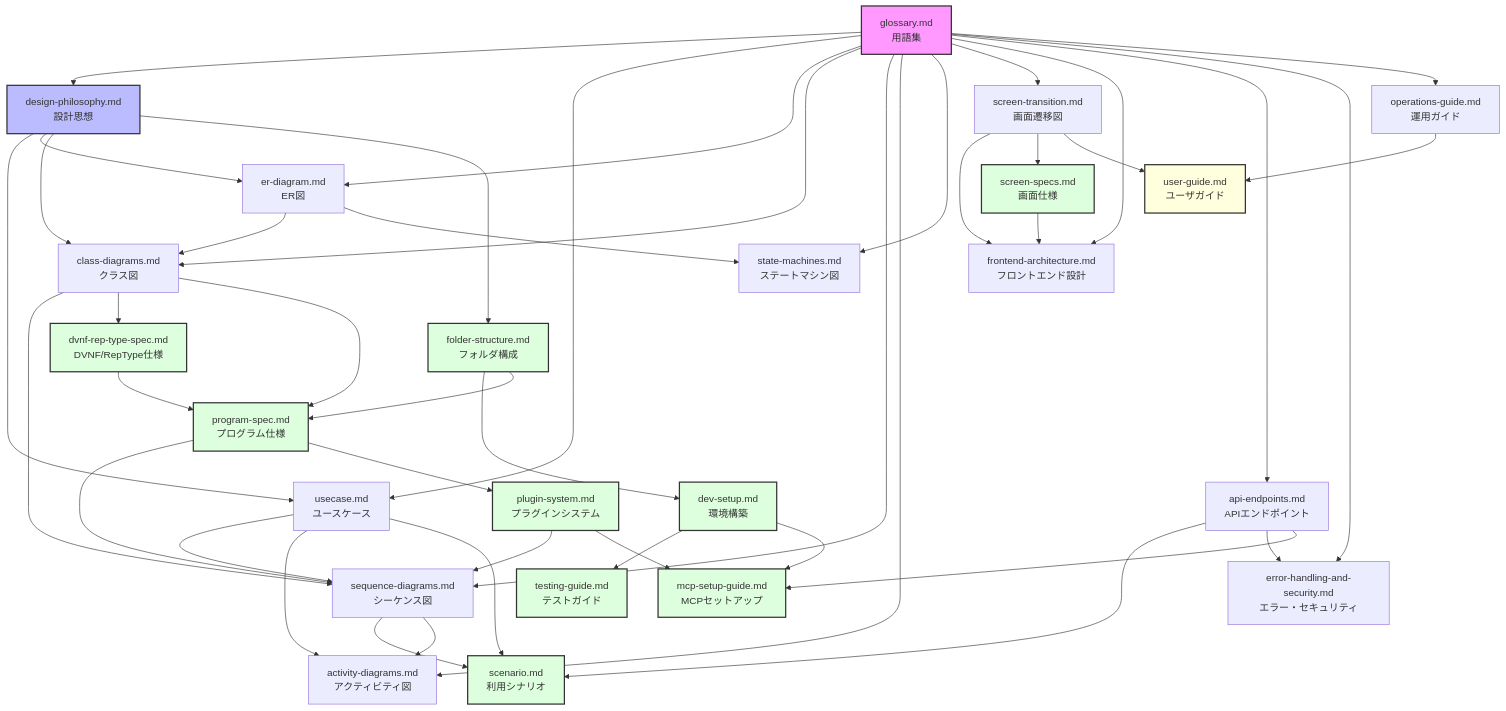
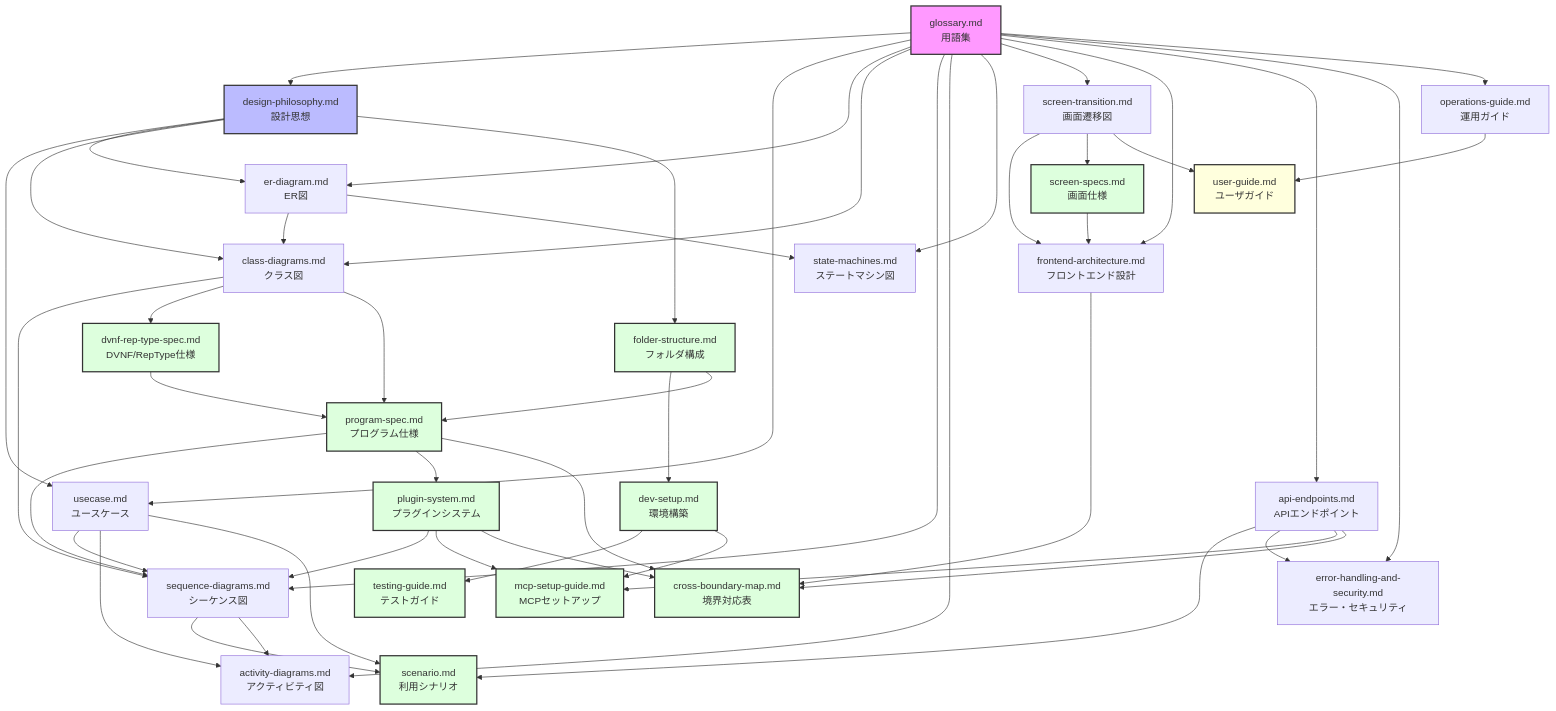
One commit to mt3hr/gkill changed the diagram in documents/reverse/README.md. Above: the diagram before and after it, drawn with Mermaid. The commit also changed other lines of this file and 16 other files, not shown here.

````diff
--- a/documents/reverse/README.md
+++ b/documents/reverse/README.md
@@ -90,67 +92,73 @@
 ```mermaid
 graph TD
     A[glossary.md<br/>用語集] --> B[design-philosophy.md<br/>設計思想]
     A --> C[usecase.md<br/>ユースケース]
     A --> D[er-diagram.md<br/>ER図]
     A --> E[class-diagrams.md<br/>クラス図]
     A --> F[sequence-diagrams.md<br/>シーケンス図]
     A --> G[activity-diagrams.md<br/>アクティビティ図]
     A --> H[state-machines.md<br/>ステートマシン図]
     A --> I[screen-transition.md<br/>画面遷移図]
     A --> J[frontend-architecture.md<br/>フロントエンド設計]
     A --> K[api-endpoints.md<br/>APIエンドポイント]
     A --> L[error-handling-and-security.md<br/>エラー・セキュリティ]
     A --> M[operations-guide.md<br/>運用ガイド]
 
     B --> C
     B --> D
     B --> E
     B --> N[folder-structure.md<br/>フォルダ構成]
 
     C --> F
     C --> G
     C --> V[scenario.md<br/>利用シナリオ]
     F --> V
     K --> V
 
     D --> E
     E --> F
     E --> O[dvnf-rep-type-spec.md<br/>DVNF/RepType仕様]
     F --> G
 
     D --> H
 
     I --> J
     I --> P[screen-specs.md<br/>画面仕様]
     P --> J
     K --> L
 
     N --> Q[dev-setup.md<br/>環境構築]
     Q --> T[testing-guide.md<br/>テストガイド]
     Q --> U[mcp-setup-guide.md<br/>MCPセットアップ]
     K --> U
     N --> R[program-spec.md<br/>プログラム仕様]
     O --> R
     E --> R
     R --> F
 
     R --> W[plugin-system.md<br/>プラグインシステム]
     W --> F
     W --> U
 
+    K --> X[cross-boundary-map.md<br/>境界対応表]
+    J --> X
+    R --> X
+    W --> X
+
     M --> S[user-guide.md<br/>ユーザガイド]
     I --> S
 
     style A fill:#f9f,stroke:#333,stroke-width:2px
     style B fill:#bbf,stroke:#333,stroke-width:2px
     style N fill:#dfd,stroke:#333,stroke-width:2px
     style O fill:#dfd,stroke:#333,stroke-width:2px
     style P fill:#dfd,stroke:#333,stroke-width:2px
     style Q fill:#dfd,stroke:#333,stroke-width:2px
     style R fill:#dfd,stroke:#333,stroke-width:2px
     style T fill:#dfd,stroke:#333,stroke-width:2px
     style U fill:#dfd,stroke:#333,stroke-width:2px
     style V fill:#dfd,stroke:#333,stroke-width:2px
     style W fill:#dfd,stroke:#333,stroke-width:2px
+    style X fill:#dfd,stroke:#333,stroke-width:2px
     style S fill:#ffd,stroke:#333,stroke-width:2px
 ```
````
